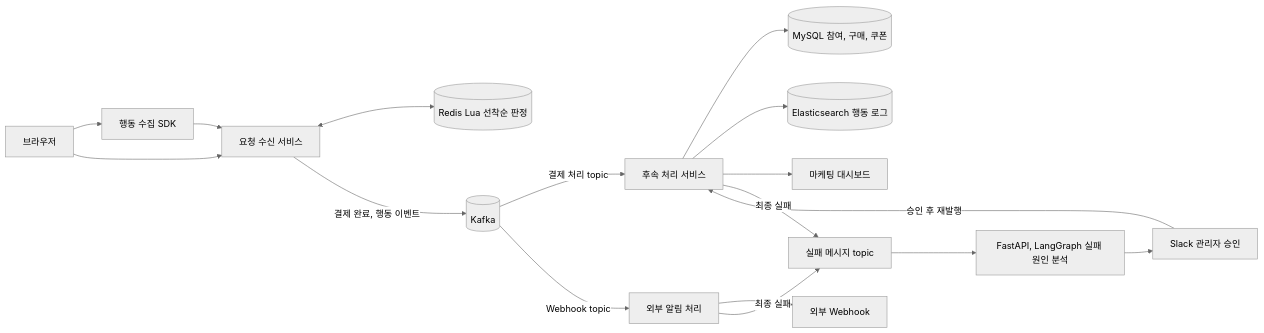
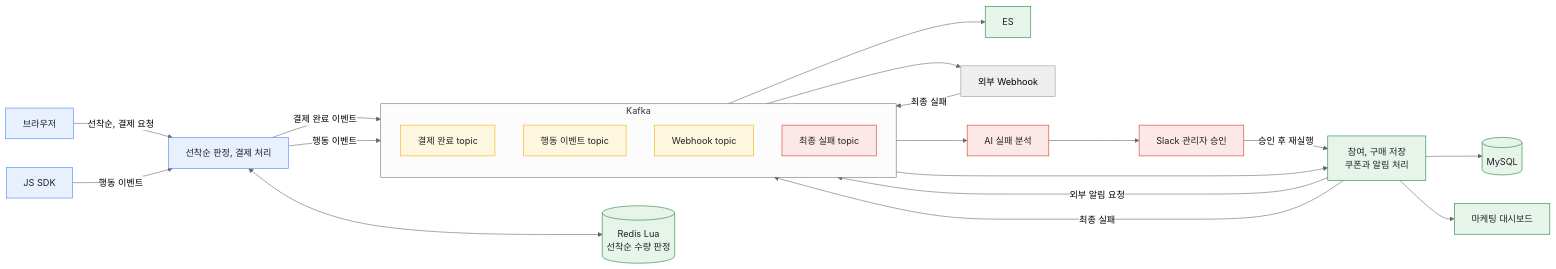
The first of 2 diagrams in README.md (NileTheKing/marketing-intelligence-platform), drawn with Mermaid (neutral theme) before and after one commit. The commit also changed other lines of this file, not shown here.

Commit message:
docs: refine project README architecture

````diff
--- a/README.md
+++ b/README.md
@@ -11,23 +11,37 @@
 ```mermaid
 flowchart LR
-    Browser[브라우저] --> SDK[행동 수집 SDK]
-    Browser --> Entry[요청 수신 서비스]
-    SDK --> Entry
+    Browser[브라우저] -->|선착순, 결제 요청| Entry[선착순 판정, 결제 처리]
+    SDK[JS SDK] -->|행동 이벤트| Entry
+    Entry <--> Redis[(Redis Lua<br/>선착순 수량 판정)]
 
-    Entry <--> Redis[(Redis Lua 선착순 판정)]
-    Entry -->|결제 완료, 행동 이벤트| Kafka[(Kafka)]
+    subgraph Kafka[Kafka]
+        direction TB
+        PaymentTopic[결제 완료 topic]
+        BehaviorTopic[행동 이벤트 topic]
+        WebhookTopic[Webhook topic]
+        DLT[최종 실패 topic]
+    end
 
-    Kafka -->|결제 처리 topic| Core[후속 처리 서비스]
-    Kafka -->|Webhook topic| Webhook[외부 알림 처리]
+    Entry -->|결제 완료 이벤트| PaymentTopic
+    Entry -->|행동 이벤트| BehaviorTopic
 
-    Core --> MySQL[(MySQL 참여, 구매, 쿠폰)]
-    Core --> ES[(Elasticsearch 행동 로그)]
-    Core --> Dashboard[마케팅 대시보드]
+    PaymentTopic --> Processor[참여, 구매 저장<br/>쿠폰과 알림 처리]
+    BehaviorTopic --> ES
+    Processor --> MySQL[(MySQL)]
+    Processor --> Dashboard[마케팅 대시보드]
+    Processor -->|외부 알림 요청| WebhookTopic --> Webhook[외부 Webhook]
 
-    Webhook --> External[외부 Webhook]
-    Core -->|최종 실패| DLT[실패 메시지 topic]
+    Processor -->|최종 실패| DLT
     Webhook -->|최종 실패| DLT
-    DLT --> AI[FastAPI, LangGraph 실패 원인 분석]
-    AI --> Slack[Slack 관리자 승인]
-    Slack -->|승인 후 재발행| Core
+    DLT --> AI[AI 실패 분석] --> Slack[Slack 관리자 승인]
+    Slack -->|승인 후 재실행| Processor
+
+    classDef request fill:#E8F0FE,stroke:#4285F4,color:#202124;
+    classDef event fill:#FEF7E0,stroke:#F9AB00,color:#202124;
+    classDef data fill:#E6F4EA,stroke:#188038,color:#202124;
+    classDef failure fill:#FCE8E6,stroke:#D93025,color:#202124;
+    class Entry,Browser,SDK request;
+    class PaymentTopic,BehaviorTopic,WebhookTopic event;
+    class Redis,MySQL,ES,Dashboard,Processor data;
+    class DLT,AI,Slack failure;
 ```
````
